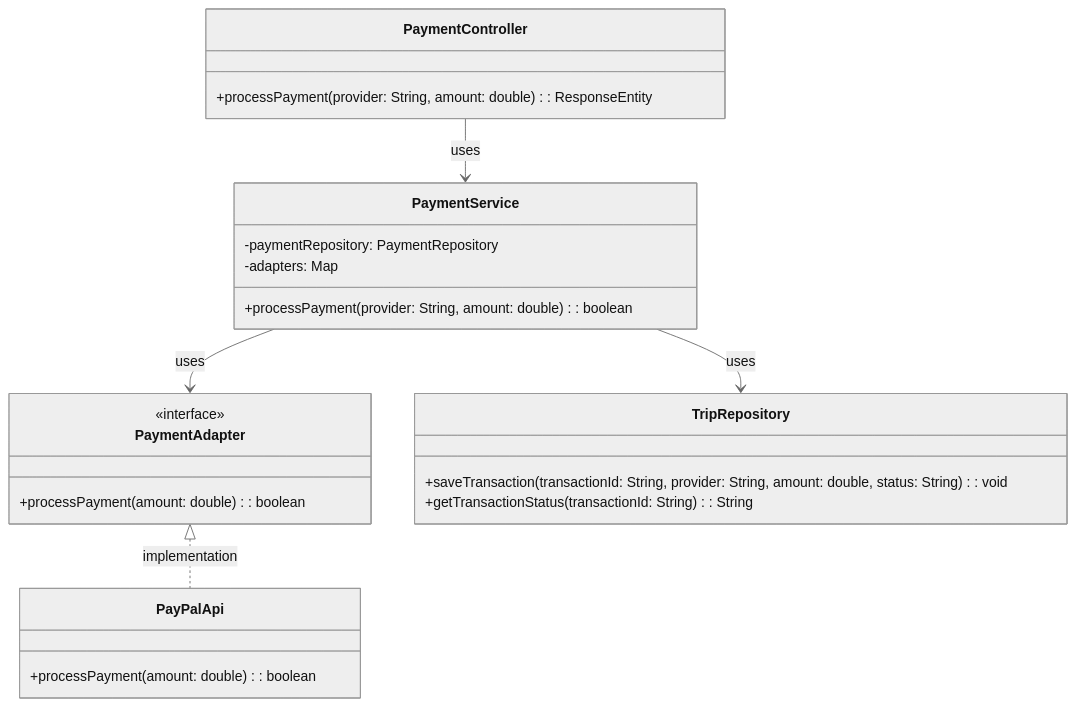
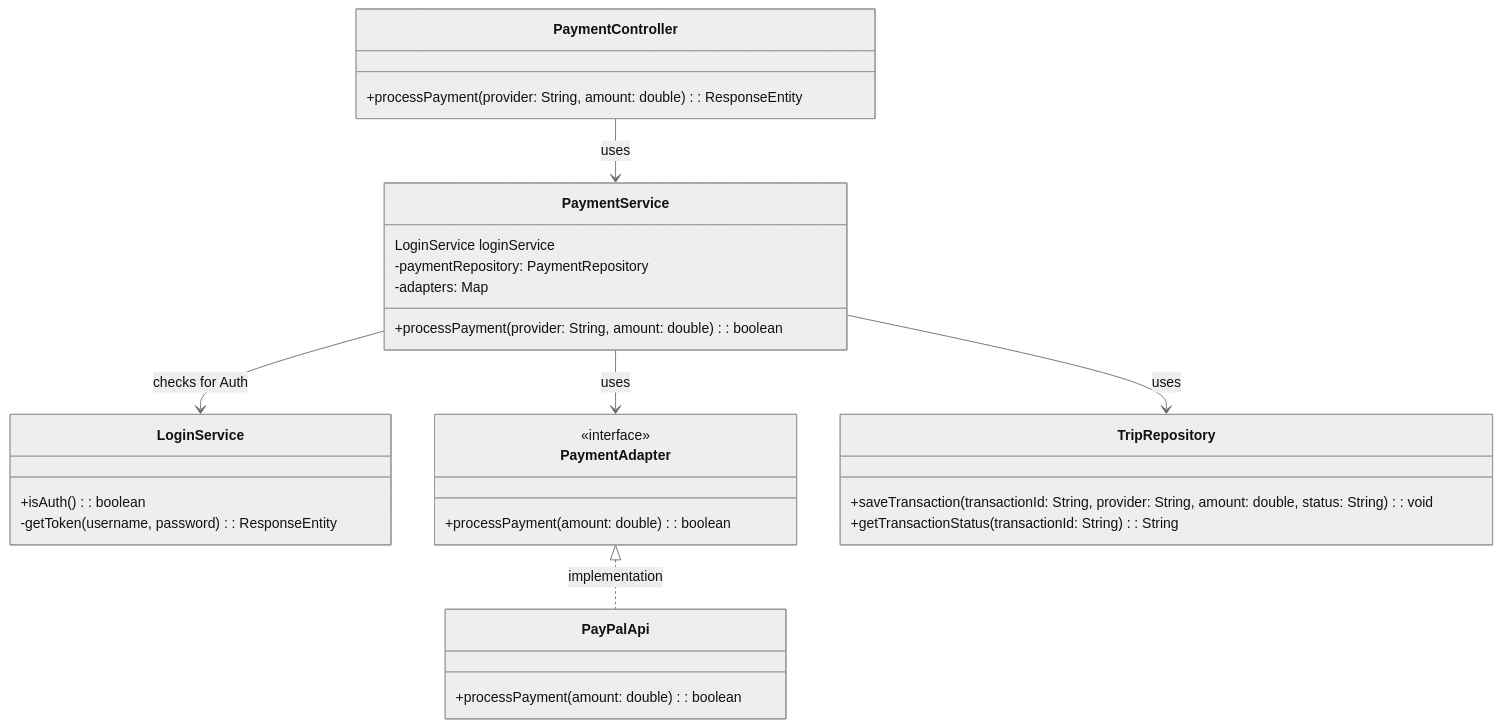
Before and after one commit to AIM-ENE-feb25/triptop-inshallahboys: the second of 2 diagrams in Week2/Les 3/Sacha/voorbereiding.md, drawn with Mermaid (neutral theme).

Commit message:
verandering

````diff
--- a/Week2/Les 3/Sacha/voorbereiding.md
+++ b/Week2/Les 3/Sacha/voorbereiding.md
@@ -47,34 +47,43 @@
 ```mermaid
 classDiagram
     class PaymentController {
         +processPayment(provider: String, amount: double): ResponseEntity<String>
     }
 
     class PaymentService {
+         LoginService loginService
         +processPayment(provider: String, amount: double): boolean
         -paymentRepository: PaymentRepository
         -adapters: Map<String, PaymentAdapter>
     }
+
+    class LoginService{
+    +isAuth() : boolean
+    -getToken(username, password) : ResponseEntity<String>
+    }
+ 
+ 
 
     class PaymentAdapter {
         <<interface>>
         +processPayment(amount: double): boolean
     }
 
     class PayPalApi{
         +processPayment(amount: double): boolean
         
     }
 
     class TripRepository {
         +saveTransaction(transactionId: String, provider: String, amount: double, status: String): void
         +getTransactionStatus(transactionId: String): String
     }
 
     %% Relaties tussen de klassen
     PaymentController --> PaymentService : uses
     PaymentService --> PaymentAdapter : uses
     PaymentService --> TripRepository : uses
     PaymentAdapter <|.. PayPalApi : implementation
+    PaymentService --> LoginService : checks for Auth
 
 ```
````
